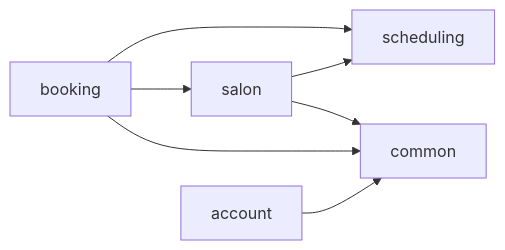
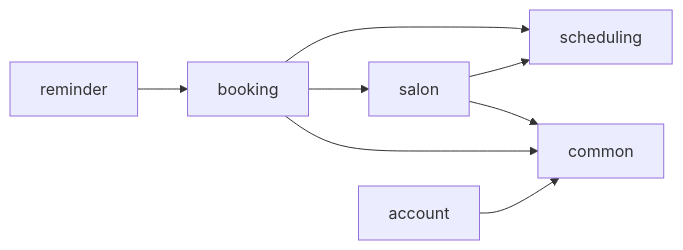
One commit to afunemma/salon-booking-api changed the second of 4 diagrams in README.md. Above: the diagram before and after it, drawn with Mermaid. The commit also changed other lines of this file and 21 other files, not shown here.

````diff
--- a/README.md
+++ b/README.md
@@ -84,8 +86,9 @@
 ```mermaid
 flowchart LR
+    reminder --> booking
     booking --> salon --> scheduling
     booking --> scheduling
     account --> common
     booking --> common
     salon --> common
 ```
````
